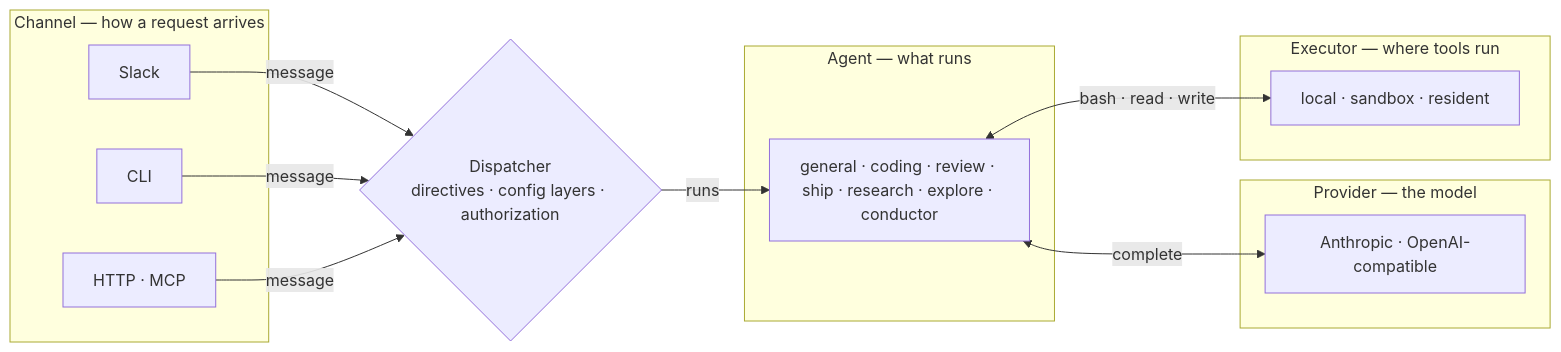
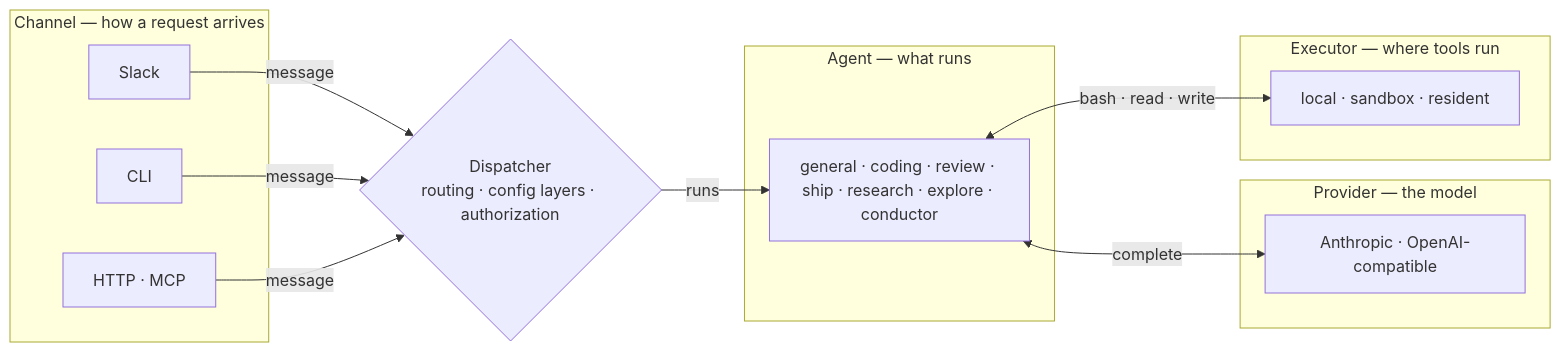
One commit to coreplanelabs/switchboard changed the first of 3 diagrams in docs/explanation/architecture.md. Above: the diagram before and after it, drawn with Mermaid. The commit also changed other lines of this file and 15 other files, not shown here.

````diff
--- a/docs/explanation/architecture.md
+++ b/docs/explanation/architecture.md
@@ -11,22 +11,22 @@
 ```mermaid
 flowchart LR
     subgraph channel ["Channel — how a request arrives"]
         C1["Slack"]
         C2["CLI"]
         C3["HTTP · MCP"]
     end
-    D{"Dispatcher<br/>directives · config layers · authorization"}
+    D{"Dispatcher<br/>routing · config layers · authorization"}
     subgraph agent ["Agent — what runs"]
         AG["general · coding · review · ship · research · explore · conductor"]
     end
     subgraph provider ["Provider — the model"]
         P["Anthropic · OpenAI-compatible"]
     end
     subgraph executor ["Executor — where tools run"]
         E["local · sandbox · resident"]
     end
     C1 & C2 & C3 -->|"message"| D
     D -->|"runs"| AG
     AG <-->|"complete"| P
     AG <-->|"bash · read · write"| E
 ```
````
